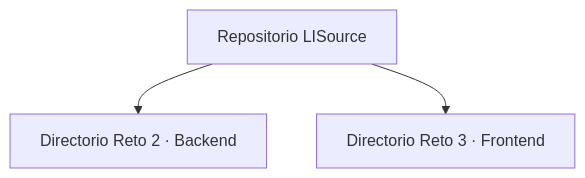
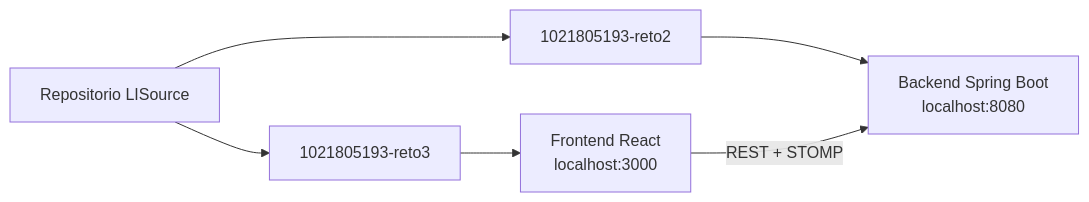
One commit to lisudea/technical-test-2026-2 changed the eighth of 15 diagrams in README.md. Above: the diagram before and after it, drawn with Mermaid. The commit also changed other lines of this file and 1 other file, not shown here.

Commit message:
test(frontend): cover reservation conflicts and refine worktree documentation

````diff
--- a/README.md
+++ b/README.md
@@ -434,5 +387,12 @@
 ```mermaid
-flowchart TB
-  Repo[Repositorio LISource] --> WT2[Directorio Reto 2 · Backend]
-  Repo --> WT3[Directorio Reto 3 · Frontend]
+flowchart LR
+    Repo[Repositorio LISource]
+
+    Repo --> R2[1021805193-reto2]
+    Repo --> R3[1021805193-reto3]
+
+    R2 --> B[Backend Spring Boot<br/>localhost:8080]
+    R3 --> F[Frontend React<br/>localhost:3000]
+
+    F -->|REST + STOMP| B
 ```
````
